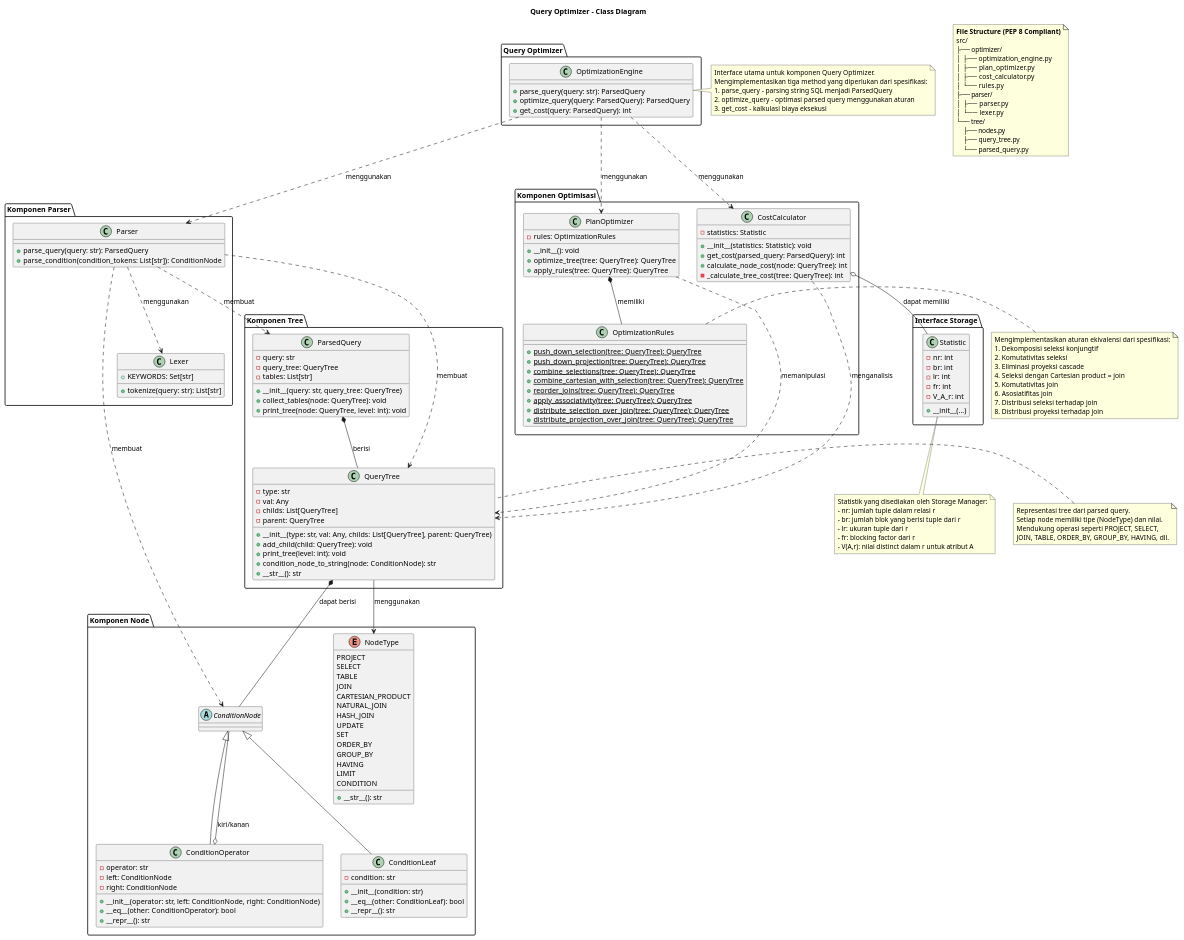
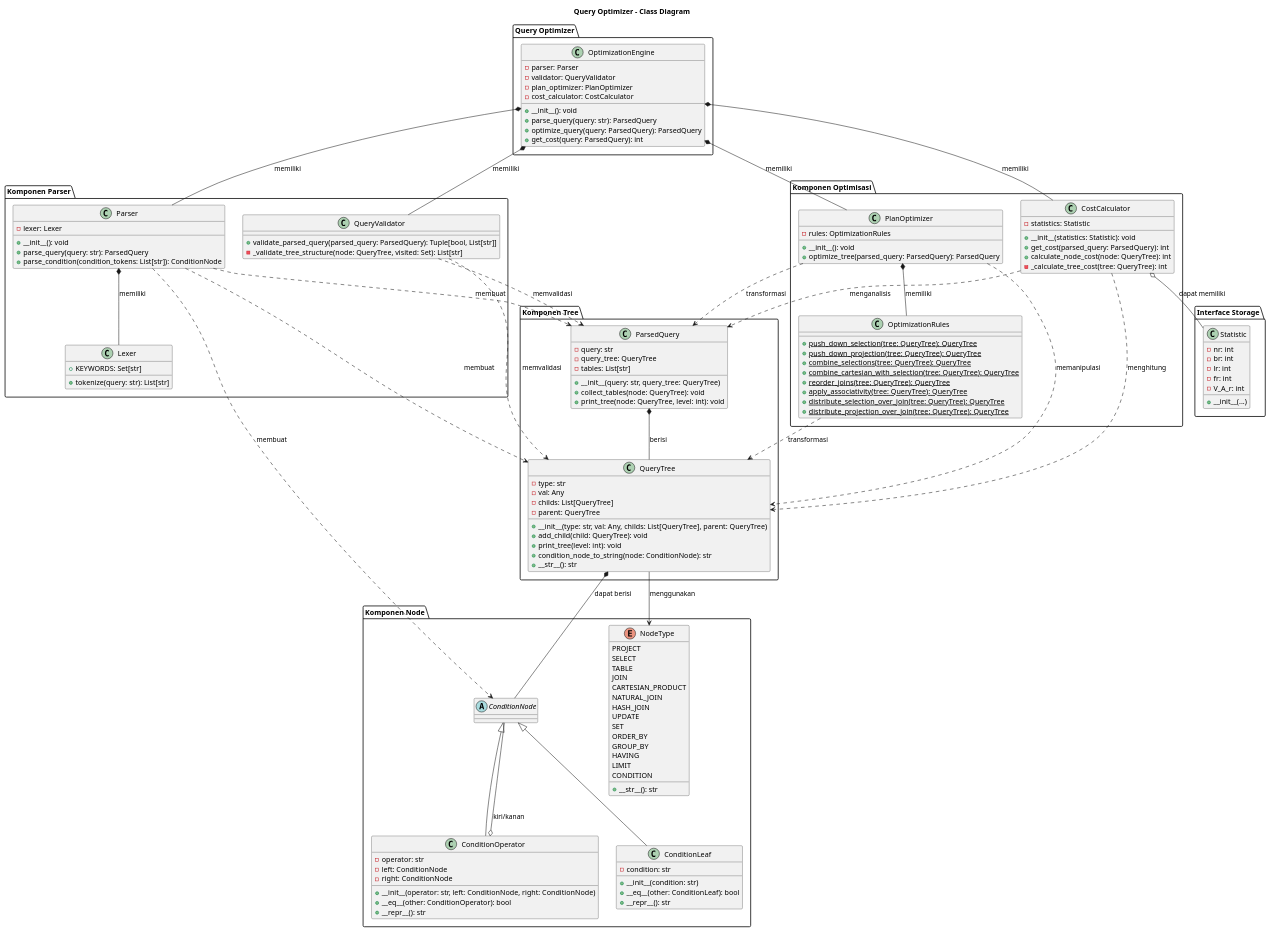
Before and after one commit to InfedmixDBMS/QueryOptimization: the diagram in class_diagram.puml, drawn with PlantUML. The commit also changed 1 other file, not shown here.

Commit message:
feat: Update class diagram  for Milestone 2 integration
- Add QueryValidator class with validation methods
- Update OptimizationEngine composition relationships

```diff
--- a/class_diagram.puml
+++ b/class_diagram.puml
@@ -1,26 +1,16 @@
 @startuml Query Optimizer Class Diagram
 
 title Query Optimizer - Class Diagram
-note as FileStructure
-  **File Structure (PEP 8 Compliant)**
-  src/
-  ├── optimizer/
-  │   ├── optimization_engine.py
-  │   ├── plan_optimizer.py
-  │   ├── cost_calculator.py
-  │   └── rules.py
-  ├── parser/
-  │   ├── parser.py
-  │   └── lexer.py
-  └── tree/
-      ├── nodes.py
-      ├── query_tree.py
-      └── parsed_query.py
-end note
+
 
 ' Komponen utama interface
 package "Query Optimizer" {
     class OptimizationEngine {
+        - parser: Parser
+        - validator: QueryValidator
+        - plan_optimizer: PlanOptimizer
+        - cost_calculator: CostCalculator
+        + __init__(): void
         + parse_query(query: str): ParsedQuery
         + optimize_query(query: ParsedQuery): ParsedQuery
         + get_cost(query: ParsedQuery): int
@@ -94,6 +84,8 @@
 ' Komponen parser
 package "Komponen Parser" {
     class Parser {
+        - lexer: Lexer
+        + __init__(): void
         + parse_query(query: str): ParsedQuery
         + parse_condition(condition_tokens: List[str]): ConditionNode
     }
@@ -102,6 +94,11 @@
         + tokenize(query: str): List[str]
         + KEYWORDS: Set[str]
     }
+
+    class QueryValidator {
+        + validate_parsed_query(parsed_query: ParsedQuery): Tuple[bool, List[str]]
+        - _validate_tree_structure(node: QueryTree, visited: Set): List[str]
+    }
 }
 
 ' Komponen optimizer
@@ -109,8 +106,7 @@
     class PlanOptimizer {
         - rules: OptimizationRules
         + __init__(): void
-        + optimize_tree(tree: QueryTree): QueryTree
-        + apply_rules(tree: QueryTree): QueryTree
+        + optimize_tree(parsed_query: ParsedQuery): ParsedQuery
     }
 
     class CostCalculator {
@@ -146,63 +142,126 @@
 }
 
 ' Relasi antar kelas
-OptimizationEngine ..> Parser : menggunakan
-OptimizationEngine ..> PlanOptimizer : menggunakan
-OptimizationEngine ..> CostCalculator : menggunakan
+' OptimizationEngine memiliki (composition) semua komponen utama
+OptimizationEngine *-- Parser : memiliki
+OptimizationEngine *-- QueryValidator : memiliki
+OptimizationEngine *-- PlanOptimizer : memiliki
+OptimizationEngine *-- CostCalculator : memiliki
 
-Parser ..> Lexer : menggunakan
+' Parser dan komponennya
+Parser *-- Lexer : memiliki
 Parser ..> ParsedQuery : membuat
 Parser ..> QueryTree : membuat
 Parser ..> ConditionNode : membuat
 
+' QueryValidator memvalidasi hasil parsing
+QueryValidator ..> ParsedQuery : memvalidasi
+QueryValidator ..> QueryTree : memvalidasi
+
+' Struktur tree dan node
 ParsedQuery *-- QueryTree : berisi
 QueryTree --> NodeType : menggunakan
 QueryTree *-- ConditionNode : dapat berisi
 
+' Hierarki ConditionNode
 ConditionNode <|-- ConditionOperator
 ConditionNode <|-- ConditionLeaf
 ConditionOperator o-- ConditionNode : kiri/kanan
 
+' PlanOptimizer dan rules
 PlanOptimizer *-- OptimizationRules : memiliki
+PlanOptimizer ..> ParsedQuery : transformasi
 PlanOptimizer ..> QueryTree : memanipulasi
+
+OptimizationRules ..> QueryTree : transformasi
+
+' CostCalculator dan statistik
 CostCalculator o-- Statistic : dapat memiliki
-CostCalculator ..> QueryTree : menganalisis
+CostCalculator ..> ParsedQuery : menganalisis
+CostCalculator ..> QueryTree : menghitung
 
-' Catatan
-note right of OptimizationEngine
-    Interface utama untuk komponen Query Optimizer.
-    Mengimplementasikan tiga method yang diperlukan dari spesifikasi:
-    1. parse_query - parsing string SQL menjadi ParsedQuery
-    2. optimize_query - optimasi parsed query menggunakan aturan
-    3. get_cost - kalkulasi biaya eksekusi
-end note
 
-note right of OptimizationRules
-    Mengimplementasikan aturan ekivalensi dari spesifikasi:
-    1. Dekomposisi seleksi konjungtif
-    2. Komutativitas seleksi
-    3. Eliminasi proyeksi cascade
-    4. Seleksi dengan Cartesian product = join
-    5. Komutativitas join
-    6. Asosiatifitas join
-    7. Distribusi seleksi terhadap join
-    8. Distribusi proyeksi terhadap join
-end note
+' Additional notes for clarity
+'
+' note right of OptimizationEngine
+'     Interface utama untuk komponen Query Optimizer.
+'     Mengintegrasikan seluruh komponen dalam alur:
+'     Parse → Validate → Optimize → Calculate Cost
 
-note bottom of Statistic
-    Statistik yang disediakan oleh Storage Manager:
-    - nr: jumlah tuple dalam relasi r
-    - br: jumlah blok yang berisi tuple dari r
-    - lr: ukuran tuple dari r
-    - fr: blocking factor dari r
-    - V(A,r): nilai distinct dalam r untuk atribut A
-end note
+'     Method dari spesifikasi:
+'     1. parse_query - parsing & validasi SQL
+'     2. optimize_query - optimasi menggunakan rules
+'     3. get_cost - kalkulasi biaya eksekusi
+' end note
 
-note left of QueryTree
-    Representasi tree dari parsed query.
-    Setiap node memiliki tipe (NodeType) dan nilai.
-    Mendukung operasi seperti PROJECT, SELECT,
-    JOIN, TABLE, ORDER_BY, GROUP_BY, HAVING, dll.
-end note
+' note bottom of QueryValidator
+'     Komponen validasi yang ditambahkan untuk memastikan:
+'     - Query tree memiliki struktur yang valid
+'     - Tidak ada cycle dalam tree
+'     - Semua komponen esensial tersedia
+'     - Setiap node memiliki tipe yang benar
+
+'     Memberikan early detection sebelum optimisasi.
+' end note
+
+' note right of OptimizationRules
+'     Mengimplementasikan 8 aturan transformasi
+'     berdasarkan aturan ekivalensi relasional:
+
+'     1. Push-down selection
+'     2. Push-down projection
+'     3. Combine selections
+'     4. Combine Cartesian with selection (→ join)
+'     5. Reorder joins (commutativity)
+'     6. Apply associativity
+'     7. Distribute selection over join
+'     8. Distribute projection over join
+
+'     Semua method bersifat static untuk transformasi tree.
+' end note
+
+' note left of PlanOptimizer
+'     Orchestrator yang menerapkan aturan optimisasi
+'     secara berurutan mengikuti strategi heuristik:
+
+'     1. Push-down operations
+'     2. Combine & convert operations
+'     3. Join optimization
+
+'     Mengembalikan ParsedQuery yang telah dioptimasi
+'     dengan logging untuk setiap tahap transformasi.
+' end note
+
+' note bottom of Statistic
+'     Statistik yang disediakan oleh Storage Manager:
+'     - nr: jumlah tuple dalam relasi r
+'     - br: jumlah blok yang berisi tuple dari r
+'     - lr: ukuran tuple dari r
+'     - fr: blocking factor dari r
+'     - V(A,r): nilai distinct dalam r untuk atribut A
+' end note
+
+' note left of QueryTree
+'     Representasi tree dari parsed query.
+'     Setiap node memiliki tipe (NodeType) dan nilai.
+'     Mendukung operasi seperti PROJECT, SELECT,
+'     JOIN, TABLE, ORDER_BY, GROUP_BY, HAVING, dll.
+
+'     Tree structure dengan parent-child relationship
+'     memungkinkan traversal dan transformasi.
+' end note
+
+' note bottom of CostCalculator
+'     Menghitung estimasi biaya eksekusi query
+'     menggunakan pendekatan rekursif bottom-up.
+
+'     Formula biaya untuk berbagai operasi:
+'     - TABLE: br (number of blocks)
+'     - SELECT: scan cost + evaluation cost
+'     - JOIN: nested loop / hash / merge join
+'     - PROJECT: child cost + projection cost
+
+'     Menggunakan statistik dari Storage Manager.
+' end note
 
 @enduml
```
